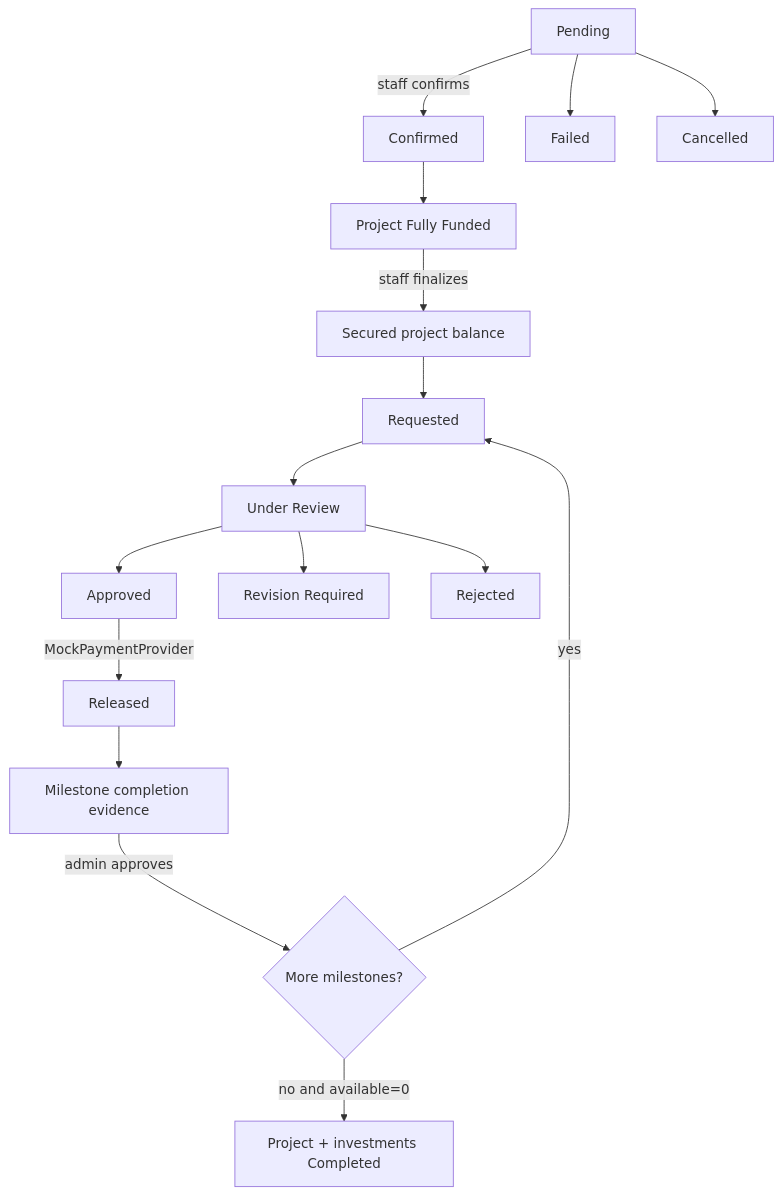
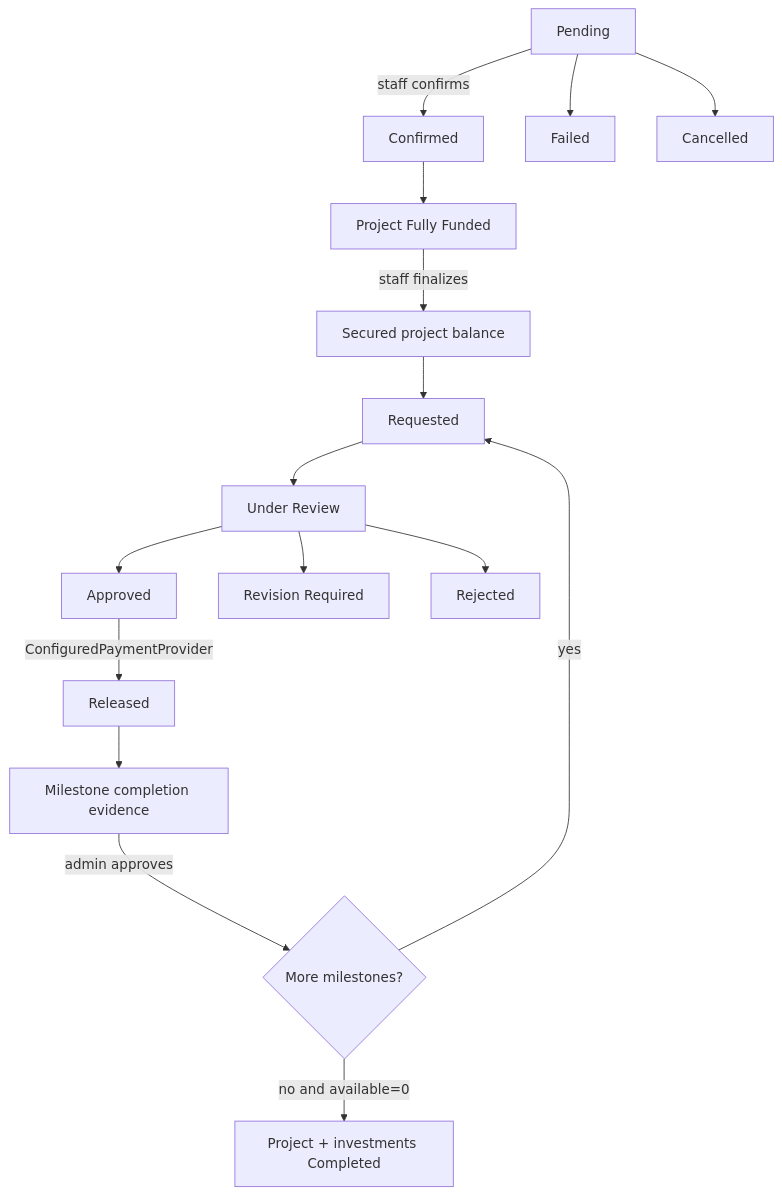
Before and after one commit to AdnanQasem/Sahmi: the fourth of 5 diagrams in documentation_evidence/sahmi-current-evidence-2026-08-14/SAHMI_CURRENT_IMPLEMENTATION_HANDOFF.md, drawn with Mermaid. The commit also changed other lines of this file and 278 other files, not shown here.

````diff
--- a/documentation_evidence/sahmi-current-evidence-2026-08-14/SAHMI_CURRENT_IMPLEMENTATION_HANDOFF.md
+++ b/documentation_evidence/sahmi-current-evidence-2026-08-14/SAHMI_CURRENT_IMPLEMENTATION_HANDOFF.md
@@ -263,18 +265,18 @@
 ```mermaid
 flowchart TD
   Pending -->|staff confirms| Confirmed
   Pending --> Failed
   Pending --> Cancelled
   Confirmed --> FullyFunded[Project Fully Funded]
   FullyFunded -->|staff finalizes| Secured[Secured project balance]
   Secured --> Requested
   Requested --> UnderReview[Under Review]
   UnderReview --> Approved
   UnderReview --> RevisionRequired[Revision Required]
   UnderReview --> Rejected
-  Approved -->|MockPaymentProvider| Released
+  Approved -->|ConfiguredPaymentProvider| Released
   Released --> CompletionEvidence[Milestone completion evidence]
   CompletionEvidence -->|admin approves| Next{More milestones?}
   Next -->|yes| Requested
   Next -->|no and available=0| Completed[Project + investments Completed]
 ```
````
